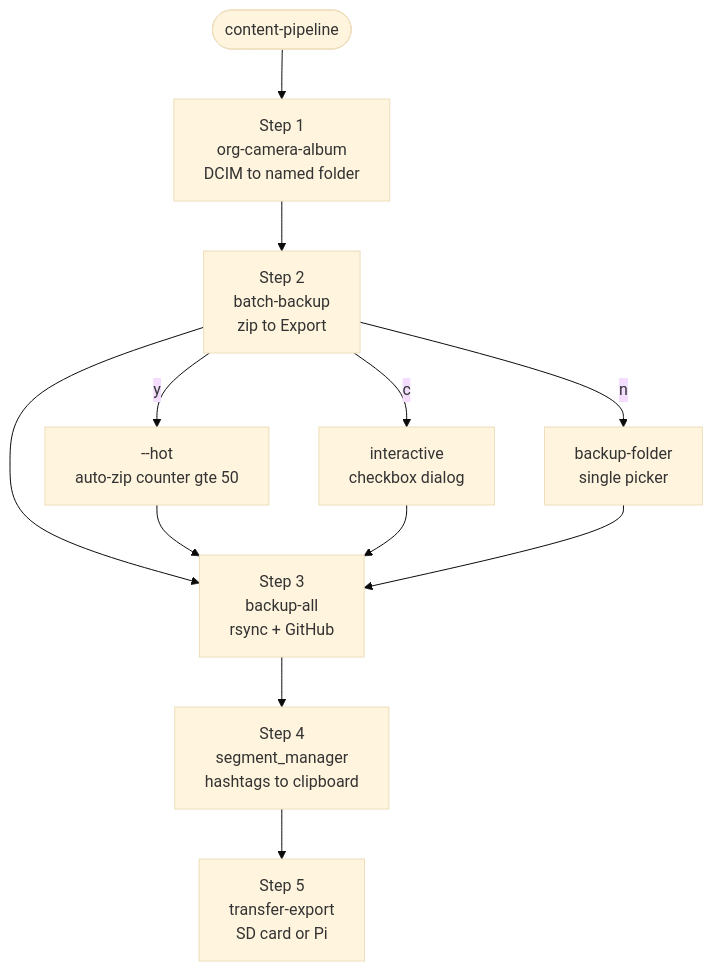
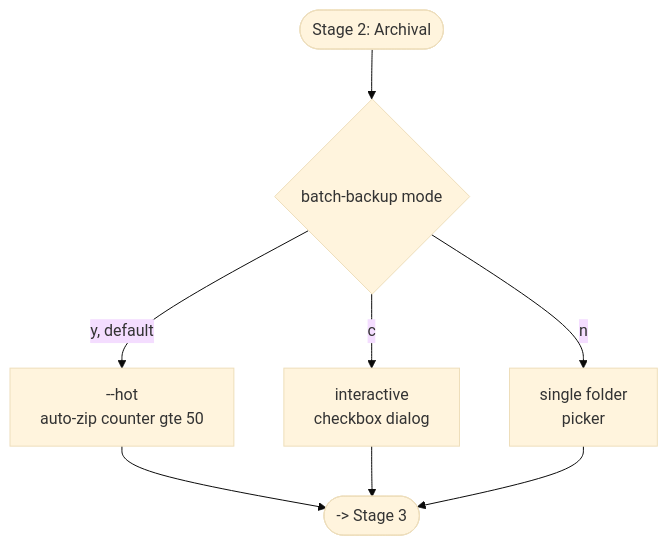
The sixth of 18 diagrams in README.md (SamuelDixxon/termux-backup), drawn with Mermaid (base theme) before and after one commit. The commit also changed other lines of this file, not shown here.

````diff
--- a/README.md
+++ b/README.md
@@ -175,36 +264,11 @@
 ```mermaid
 flowchart TD
-    START([content-pipeline]) --> S1
-
-    S1[Step 1
-org-camera-album
-DCIM to named folder]
-    S2[Step 2
-batch-backup
-zip to Export]
-    S3[Step 3
-backup-all
-rsync + GitHub]
-    S4[Step 4
-segment_manager
-hashtags to clipboard]
-    S5[Step 5
-transfer-export
-SD card or Pi]
-
-    S1 --> S2
-    S2 --> S3
-    S3 --> S4
-    S4 --> S5
-
-    S2 -->|y| HOT[--hot
+    START2([Stage 2: Archival]) --> MODE2{batch-backup mode}
+    MODE2 -->|y, default| HOT2[--hot
 auto-zip counter gte 50]
-    S2 -->|c| CUSTOM[interactive
+    MODE2 -->|c| CUSTOM2[interactive
 checkbox dialog]
-    S2 -->|n| SINGLE[backup-folder
-single picker]
-
-    HOT --> S3
-    CUSTOM --> S3
-    SINGLE --> S3
+    MODE2 -->|n| SINGLE2[single folder
+picker]
+    HOT2 & CUSTOM2 & SINGLE2 --> DONE2([-> Stage 3])
 ```
````
